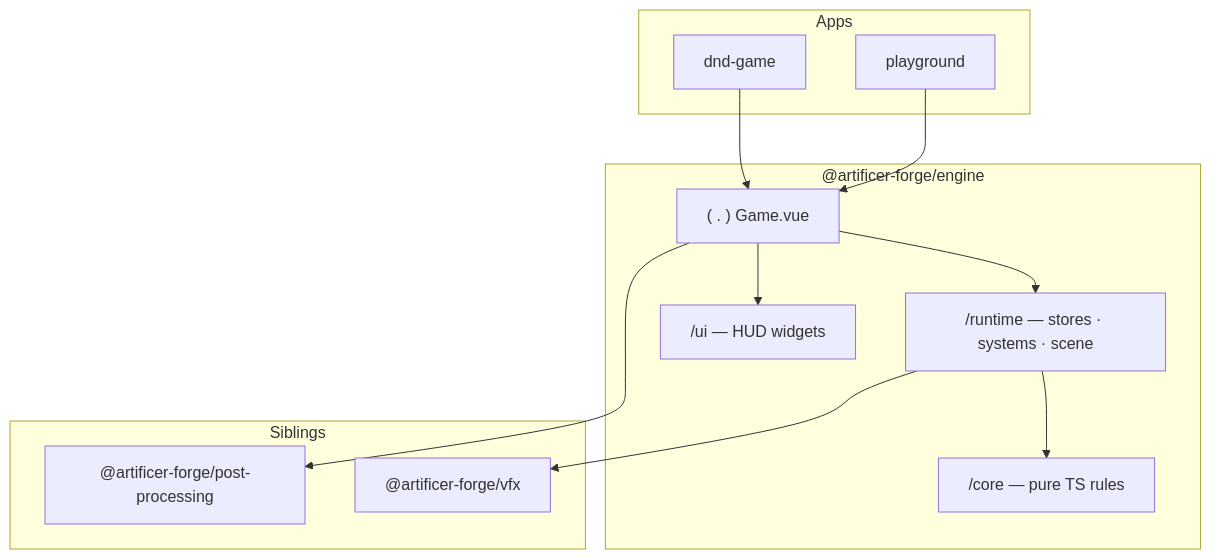
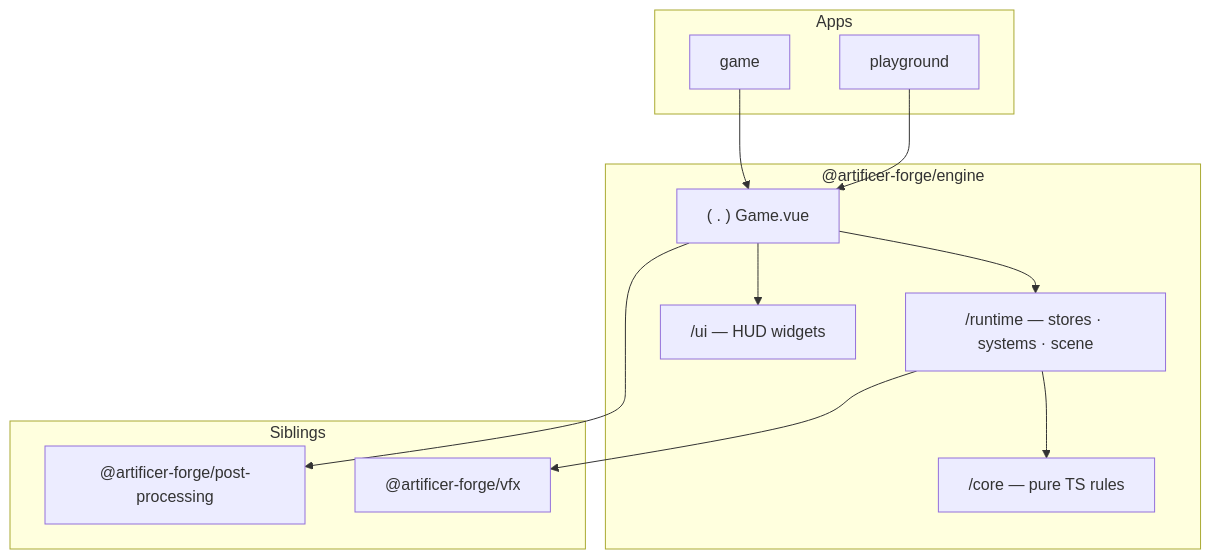
One commit to alvarosabu/artificer-forge changed the diagram in apps/grimoire/content/02.engine-architecture/1.overview.md. Above: the diagram before and after it, drawn with Mermaid. The commit also changed other lines of this file and 21 other files, not shown here.

````diff
--- a/apps/grimoire/content/02.engine-architecture/1.overview.md
+++ b/apps/grimoire/content/02.engine-architecture/1.overview.md
@@ -33,27 +33,27 @@
 ```mermaid
 graph TD
   subgraph Apps
     PG[playground]
-    DND[dnd-game]
+    GAME[game]
   end
 
   subgraph "@artificer-forge/engine"
     ROOT["( . ) Game.vue"]
     CORE["/core — pure TS rules"]
     RUNTIME["/runtime — stores · systems · scene"]
     UI["/ui — HUD widgets"]
   end
 
   subgraph Siblings
     PP["@artificer-forge/post-processing"]
     VFX["@artificer-forge/vfx"]
   end
 
   PG --> ROOT
-  DND --> ROOT
+  GAME --> ROOT
   ROOT --> RUNTIME
   ROOT --> UI
   RUNTIME --> CORE
   ROOT --> PP
   RUNTIME --> VFX
 ```
````
